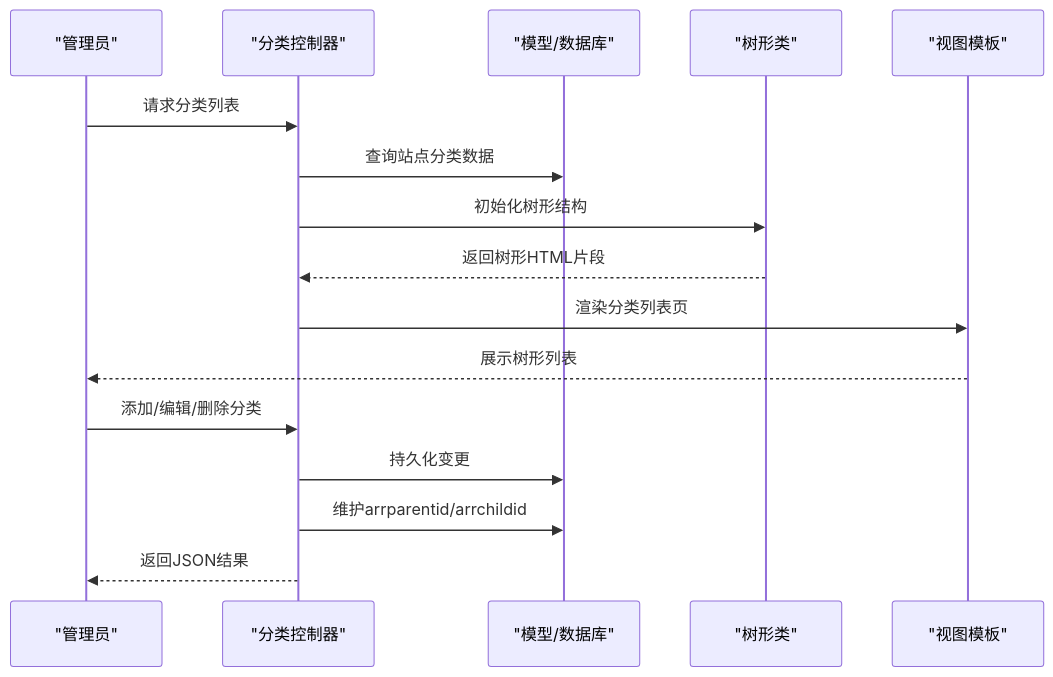
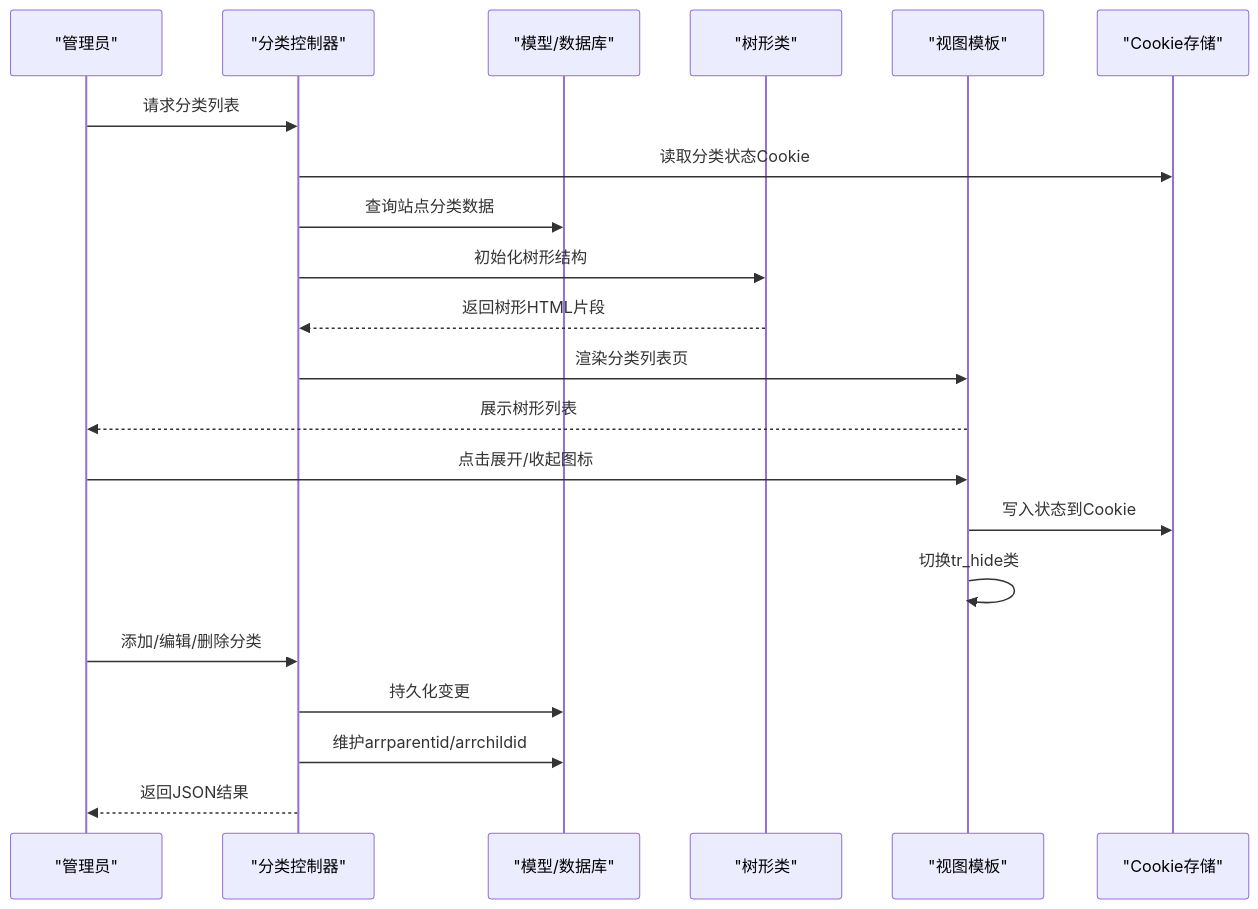
Before and after one commit to lirongyaoper/lryblog.com: the second of 8 diagrams in .qoder/repowiki/zh/content/系统架构/模块化设计/后台管理模块/分类管理.md, drawn with Mermaid. The commit also changed other lines of this file and 8 other files, not shown here.

````diff
--- a/.qoder/repowiki/zh/content/系统架构/模块化设计/后台管理模块/分类管理.md
+++ b/.qoder/repowiki/zh/content/系统架构/模块化设计/后台管理模块/分类管理.md
@@ -114,18 +122,23 @@
 ```mermaid
 sequenceDiagram
 participant U as "管理员"
 participant C as "分类控制器"
 participant M as "模型/数据库"
 participant T as "树形类"
 participant V as "视图模板"
+participant CK as "Cookie存储"
 U->>C : 请求分类列表
+C->>CK : 读取分类状态Cookie
 C->>M : 查询站点分类数据
 C->>T : 初始化树形结构
 T-->>C : 返回树形HTML片段
 C->>V : 渲染分类列表页
 V-->>U : 展示树形列表
+U->>V : 点击展开/收起图标
+V->>CK : 写入状态到Cookie
+V->>V : 切换tr_hide类
 U->>C : 添加/编辑/删除分类
 C->>M : 持久化变更
 C->>M : 维护arrparentid/arrchildid
 C-->>U : 返回JSON结果
 ```
````
